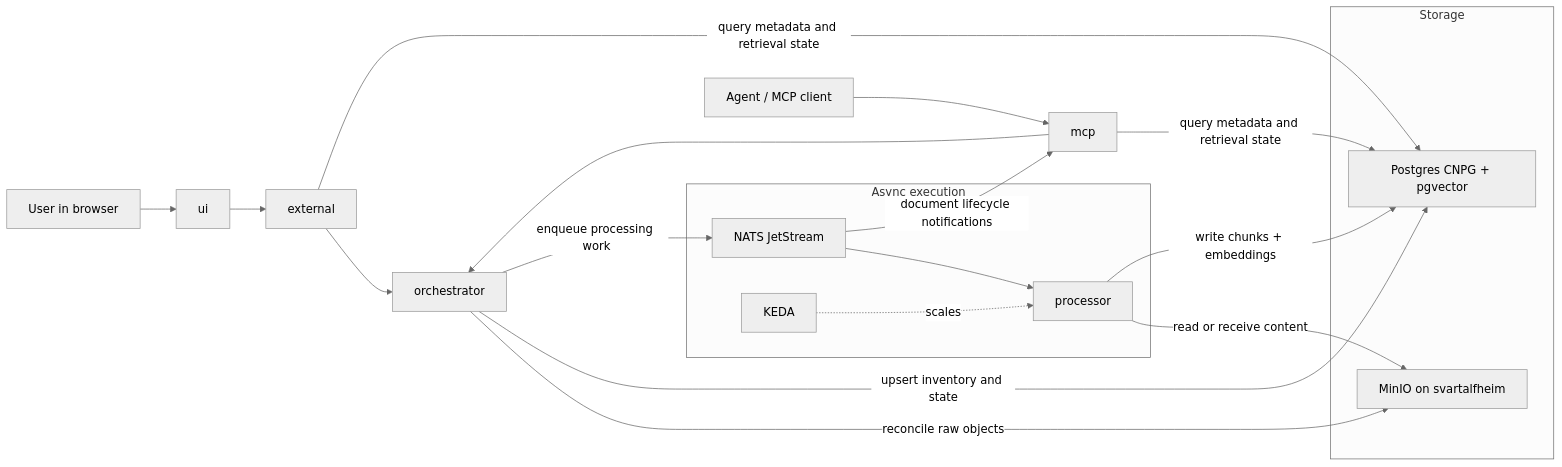
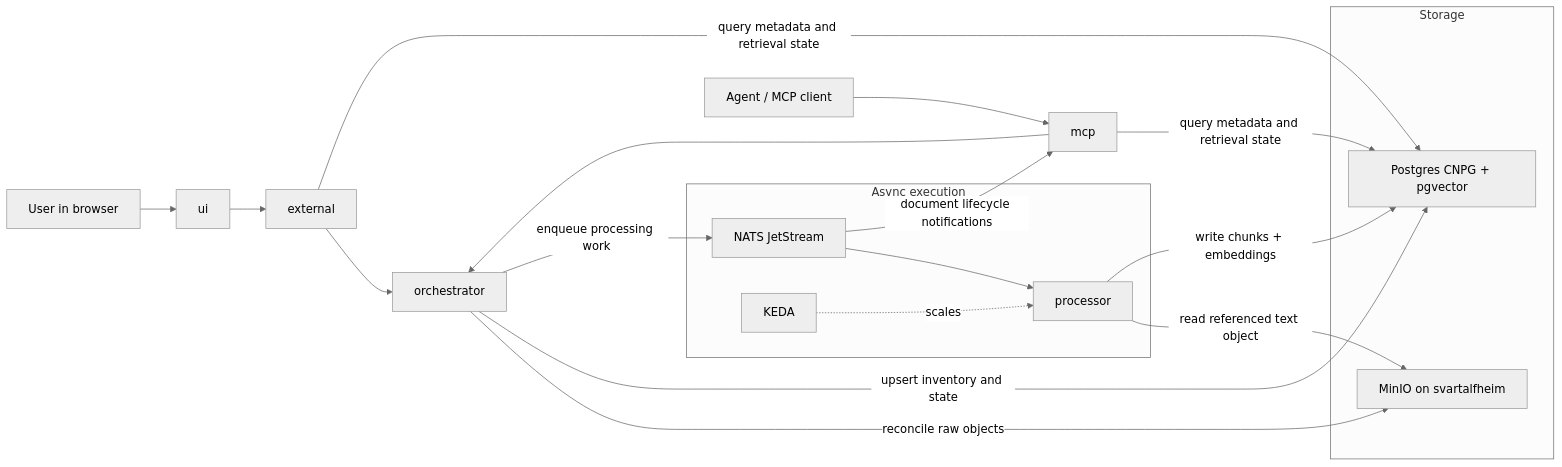
One commit to labiraus/homelab changed the diagram in docs/RAG.md. Above: the diagram before and after it, drawn with Mermaid (neutral theme). The commit also changed other lines of this file and 23 other files, not shown here.

````diff
--- a/docs/RAG.md
+++ b/docs/RAG.md
@@ -16,32 +23,32 @@
 ```mermaid
 flowchart LR
   U[User in browser] --> UI[ui]
   UI --> EXT[external]
   A[Agent / MCP client] --> MCP[mcp]
 
   EXT --> ORCH[orchestrator]
   MCP --> ORCH
 
   subgraph Storage
     MINIO[MinIO on svartalfheim]
     PG[Postgres CNPG + pgvector]
   end
 
   subgraph Async execution
     NATS[NATS JetStream]
     PROC[processor]
     KEDA[KEDA]
   end
 
   ORCH -->|reconcile raw objects| MINIO
   ORCH -->|upsert inventory and state| PG
   ORCH -->|enqueue processing work| NATS
   NATS --> PROC
   NATS -->|document lifecycle notifications| MCP
   KEDA -. scales .-> PROC
-  PROC -->|read or receive content| MINIO
+  PROC -->|read referenced text object| MINIO
   PROC -->|write chunks + embeddings| PG
 
   EXT -->|query metadata and retrieval state| PG
   MCP -->|query metadata and retrieval state| PG
 ```
````
